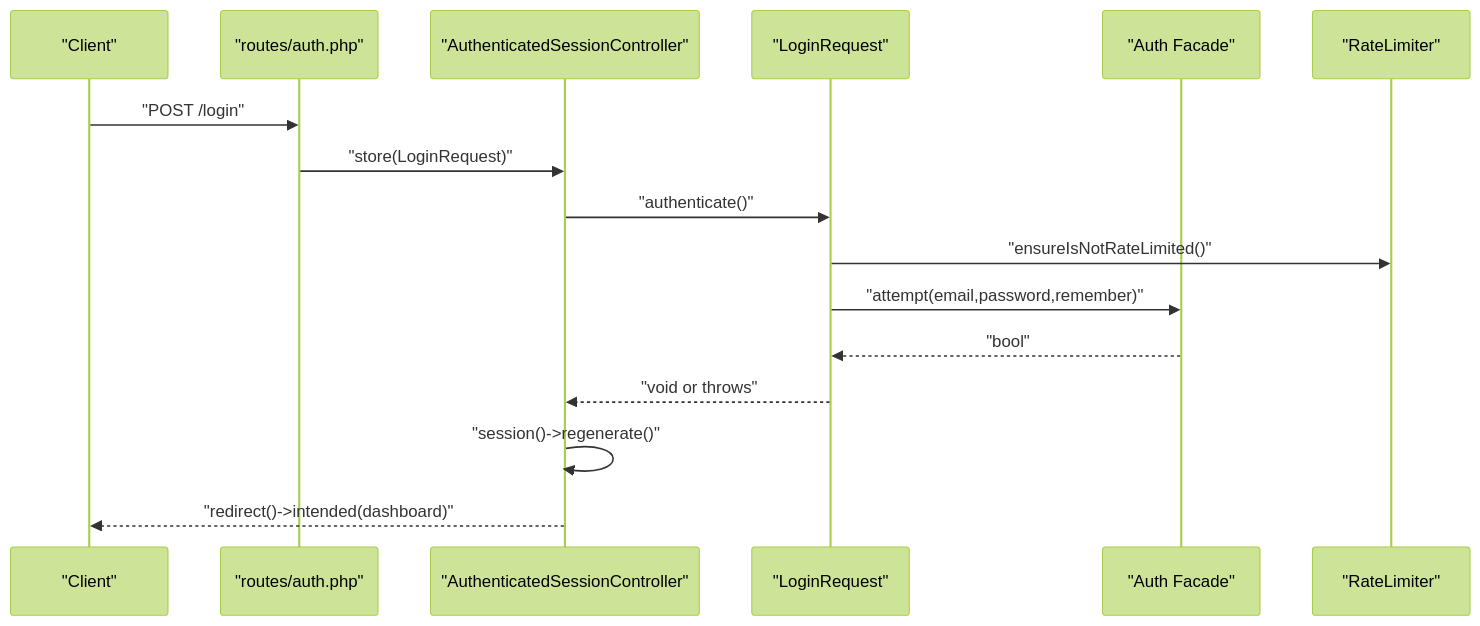
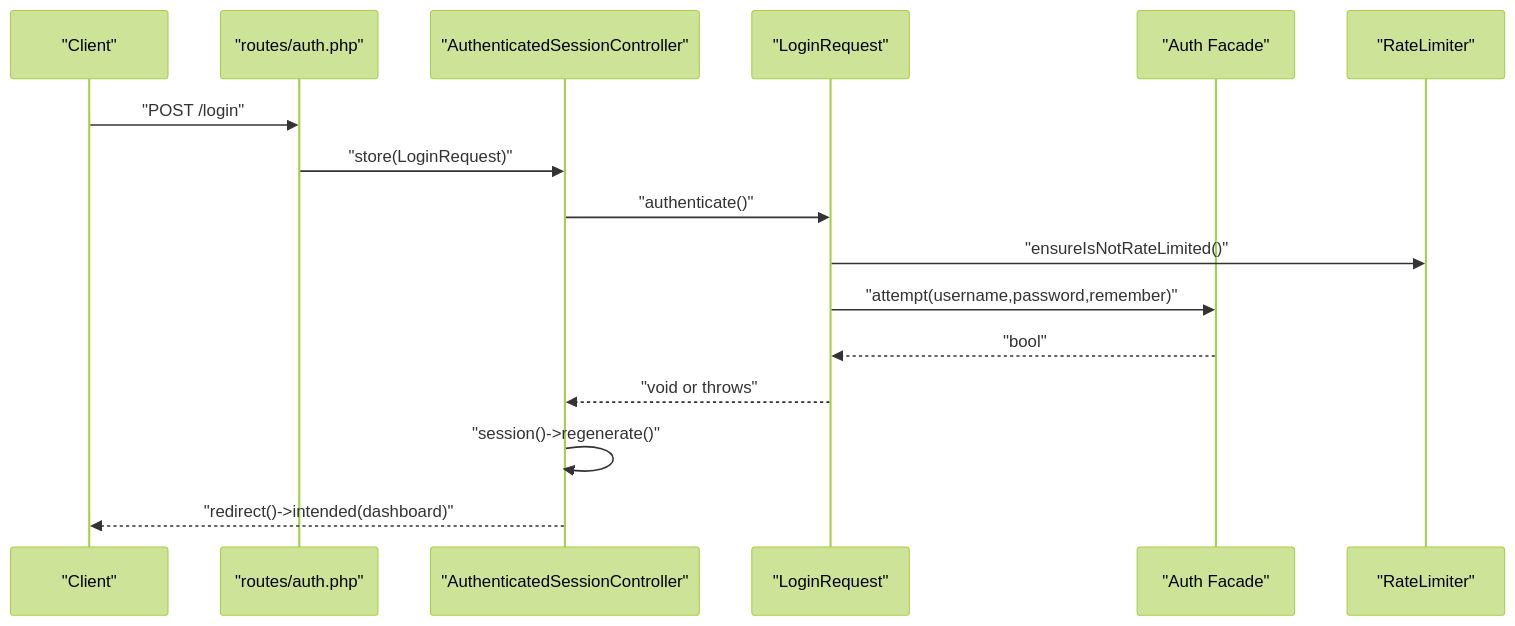
The third of 11 diagrams in .qoder/repowiki/en/content/Authentication System/Authentication System.md (vincet0t15/template), drawn with Mermaid (forest theme) before and after one commit. The commit also changed other lines of this file and 12 other files, not shown here.

````diff
--- a/.qoder/repowiki/en/content/Authentication System/Authentication System.md
+++ b/.qoder/repowiki/en/content/Authentication System/Authentication System.md
@@ -209,18 +246,18 @@
 ```mermaid
 sequenceDiagram
 participant C as "Client"
 participant R as "routes/auth.php"
 participant S as "AuthenticatedSessionController"
 participant LR as "LoginRequest"
 participant A as "Auth Facade"
 participant RL as "RateLimiter"
 C->>R : "POST /login"
 R->>S : "store(LoginRequest)"
 S->>LR : "authenticate()"
 LR->>RL : "ensureIsNotRateLimited()"
-LR->>A : "attempt(email,password,remember)"
+LR->>A : "attempt(username,password,remember)"
 A-->>LR : "bool"
 LR-->>S : "void or throws"
 S->>S : "session()->regenerate()"
 S-->>C : "redirect()->intended(dashboard)"
 ```
````
